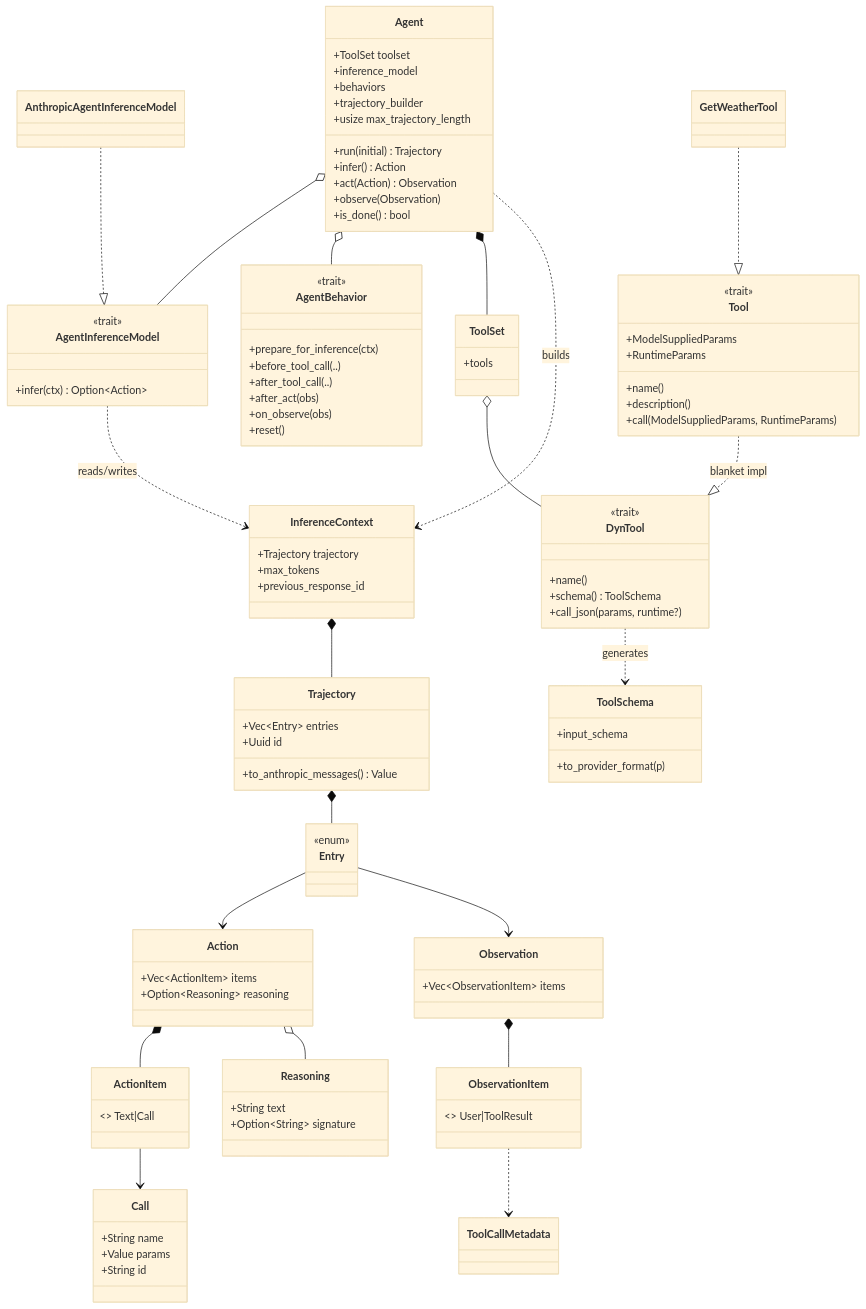
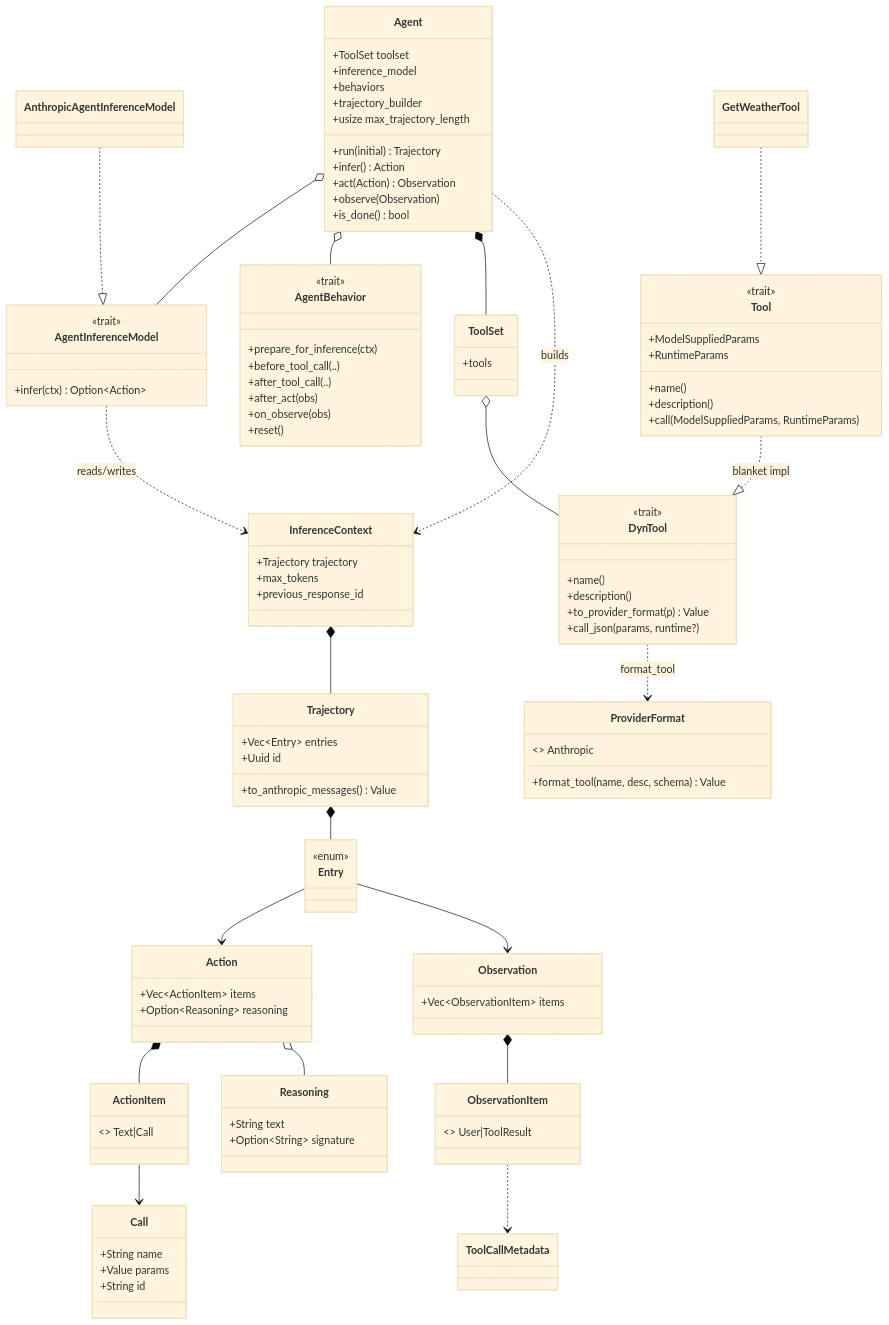
Before and after one commit to chroma-core/chroma: the first of 3 diagrams in plans/rust_agent_port_1bfabf45.plan.md, drawn with Mermaid (base theme). The commit also changed other lines of this file and 8 other files, not shown here.

```diff
--- a/plans/rust_agent_port_1bfabf45.plan.md
+++ b/plans/rust_agent_port_1bfabf45.plan.md
@@ -228,19 +229,20 @@
     class DynTool {
         <<trait>>
         +name()
-        +schema() ToolSchema
+        +description()
+        +to_provider_format(p) Value
         +call_json(params, runtime?)
     }
-    class ToolSchema {
-        +input_schema
-        +to_provider_format(p)
+    class ProviderFormat {
+        <<enum>> Anthropic
+        +format_tool(name, desc, schema) Value
     }
     class GetWeatherTool
 
     AnthropicAgentInferenceModel ..|> AgentInferenceModel
     GetWeatherTool ..|> Tool
     Tool ..|> DynTool : blanket impl
-    DynTool ..> ToolSchema : generates
+    DynTool ..> ProviderFormat : format_tool
     Agent o-- AgentInferenceModel
     Agent o-- AgentBehavior
     Agent *-- ToolSet
```
